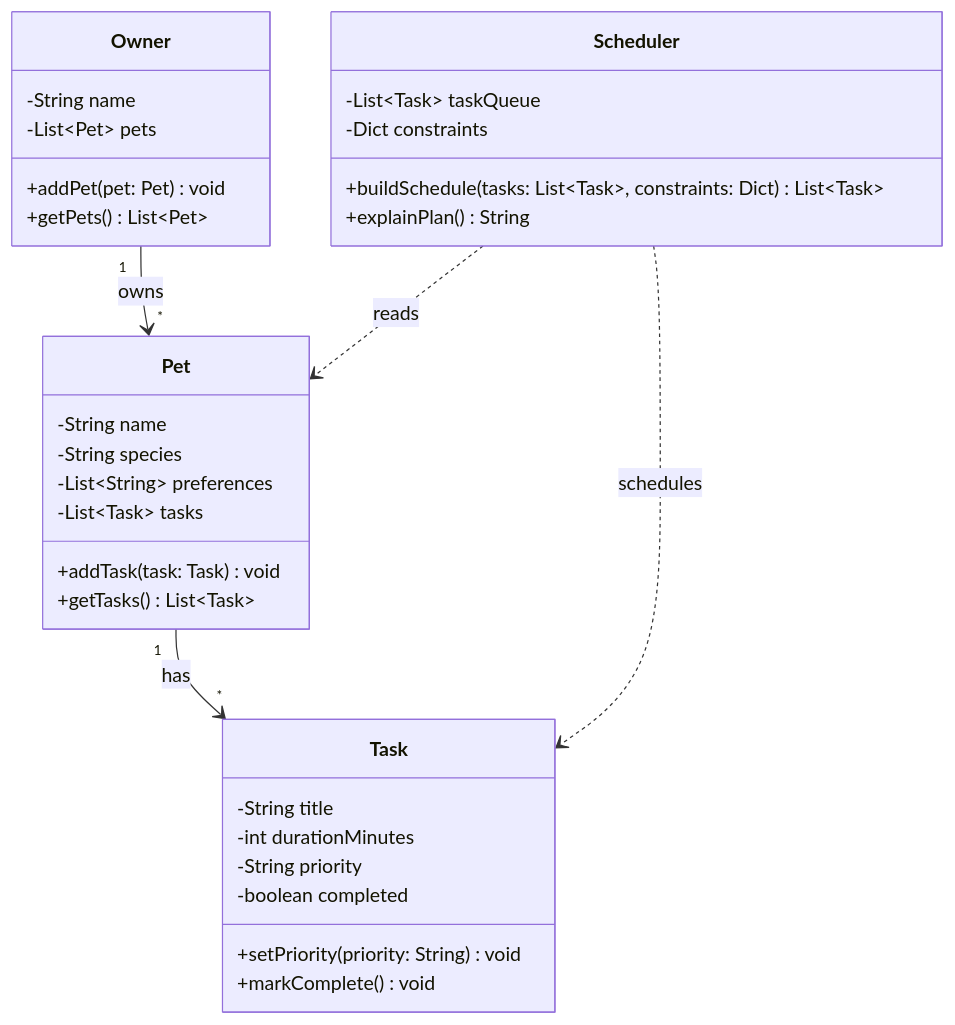
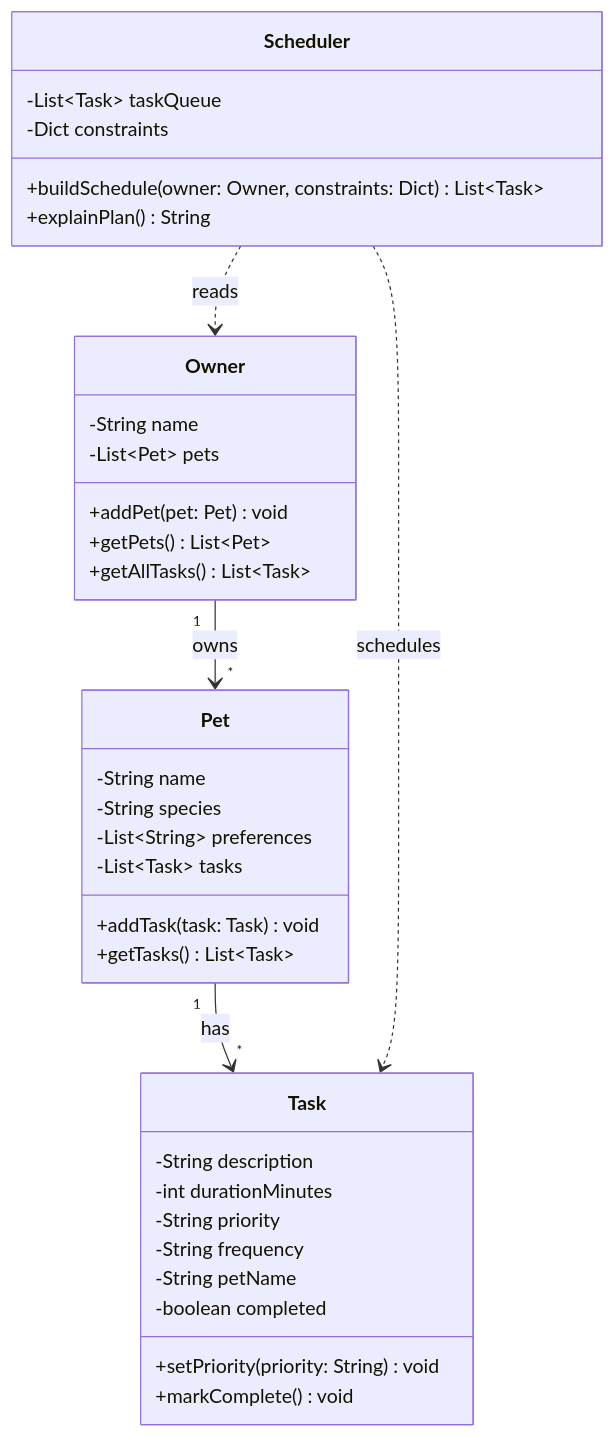
The diagram in diagrams/uml.mmd (jeremiahmattison/ai110-module2show-pawpal-starter), drawn with Mermaid before and after one commit. The commit also changed 6 other files, not shown here.

```diff
--- a/diagrams/uml.mmd
+++ b/diagrams/uml.mmd
@@ -1,37 +1,40 @@
 classDiagram
     class Owner {
         -String name
         -List~Pet~ pets
         +addPet(pet: Pet) void
         +getPets() List~Pet~
+        +getAllTasks() List~Task~
     }
 
     class Pet {
         -String name
         -String species
         -List~String~ preferences
         -List~Task~ tasks
         +addTask(task: Task) void
         +getTasks() List~Task~
     }
 
     class Task {
-        -String title
+        -String description
         -int durationMinutes
         -String priority
+        -String frequency
+        -String petName
         -boolean completed
         +setPriority(priority: String) void
         +markComplete() void
     }
 
     class Scheduler {
         -List~Task~ taskQueue
         -Dict constraints
-        +buildSchedule(tasks: List~Task~, constraints: Dict) List~Task~
+        +buildSchedule(owner: Owner, constraints: Dict) List~Task~
         +explainPlan() String
     }
 
     Owner "1" --> "*" Pet : owns
     Pet "1" --> "*" Task : has
-    Scheduler ..> Pet : reads
+    Scheduler ..> Owner : reads
     Scheduler ..> Task : schedules
```
